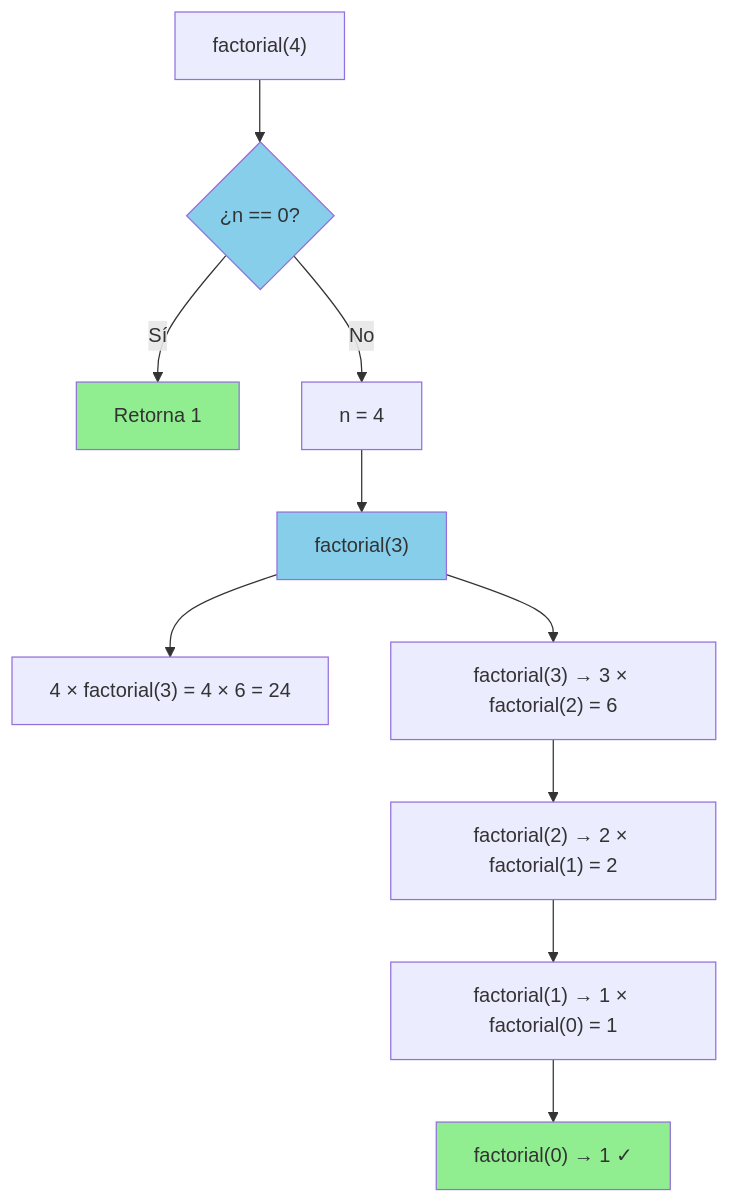
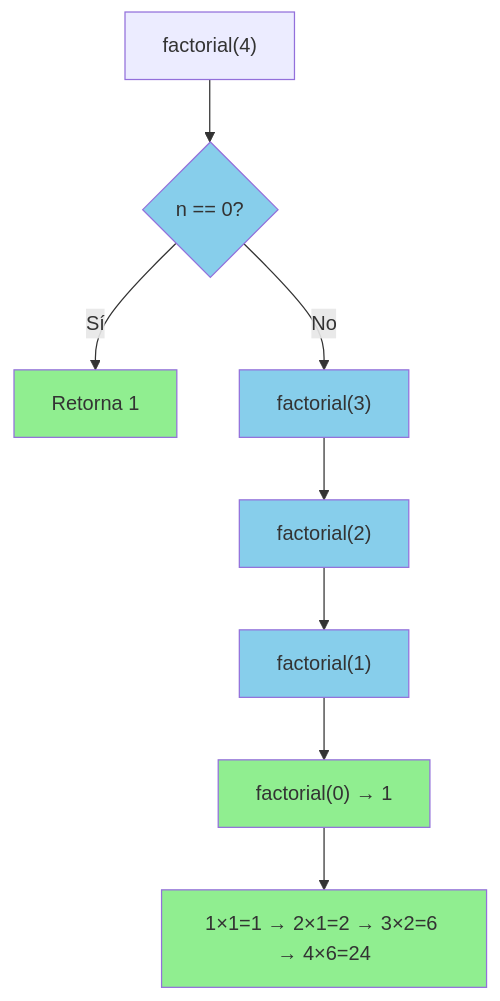
Before and after one commit to nehuenlabs/estudios-algoritmos-recursividad: the second of 58 diagrams in plantilla-soluciones.md, drawn with Mermaid. The commit also changed other lines of this file, not shown here.

````diff
--- a/plantilla-soluciones.md
+++ b/plantilla-soluciones.md
@@ -66,26 +87,23 @@
 ```mermaid
 flowchart TD
     A["factorial(4)"]
-    B{"¿n == 0?"}
+    B{"n == 0?"}
     C["Retorna 1"]
-    D["n = 4"]
-    E["factorial(3)"]
-    F["4 × factorial(3) = 4 × 6 = 24"]
-
-    G["factorial(3) → 3 × factorial(2) = 6"]
-    H["factorial(2) → 2 × factorial(1) = 2"]
-    I["factorial(1) → 1 × factorial(0) = 1"]
-    J["factorial(0) → 1 ✓"]
+    D["factorial(3)"]
+    E["factorial(2)"]
+    F["factorial(1)"]
+    G["factorial(0) → 1"]
+    H["1×1=1 → 2×1=2 → 3×2=6 → 4×6=24"]
 
     A --> B
+    B -- "No" --> D --> E --> F --> G --> H
     B -- "Sí" --> C
-    B -- "No" --> D
-    D --> E
-    E --> F
-    E --> G --> H --> I --> J
 
     style C fill:#90EE90
-    style J fill:#90EE90
+    style G fill:#90EE90
+    style H fill:#90EE90
     style B fill:#87CEEB
+    style D fill:#87CEEB
     style E fill:#87CEEB
+    style F fill:#87CEEB
 ```
````
